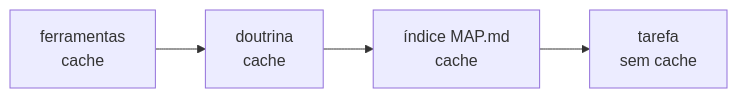
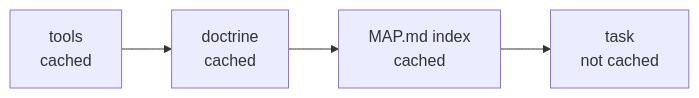
Before and after one commit to enzoconsulo/factory-tcc: the diagram in docs/tasks/en/E3-the-agent-and-its-tools/FAB-303-project-summary-to-guide-the-agent.md, drawn with Mermaid. The commit also changed 52 other files, not shown here.

````diff
--- a/docs/tasks/en/E3-the-agent-and-its-tools/FAB-303-project-summary-to-guide-the-agent.md
+++ b/docs/tasks/en/E3-the-agent-and-its-tools/FAB-303-project-summary-to-guide-the-agent.md
@@ -11,4 +11,4 @@
 ```mermaid
 flowchart LR
-  A["ferramentas<br/>cache"] --> B["doutrina<br/>cache"] --> C["índice MAP.md<br/>cache"] --> D["tarefa<br/>sem cache"]
+  A["tools<br/>cached"] --> B["doctrine<br/>cached"] --> C["MAP.md index<br/>cached"] --> D["task<br/>not cached"]
 ```
````
